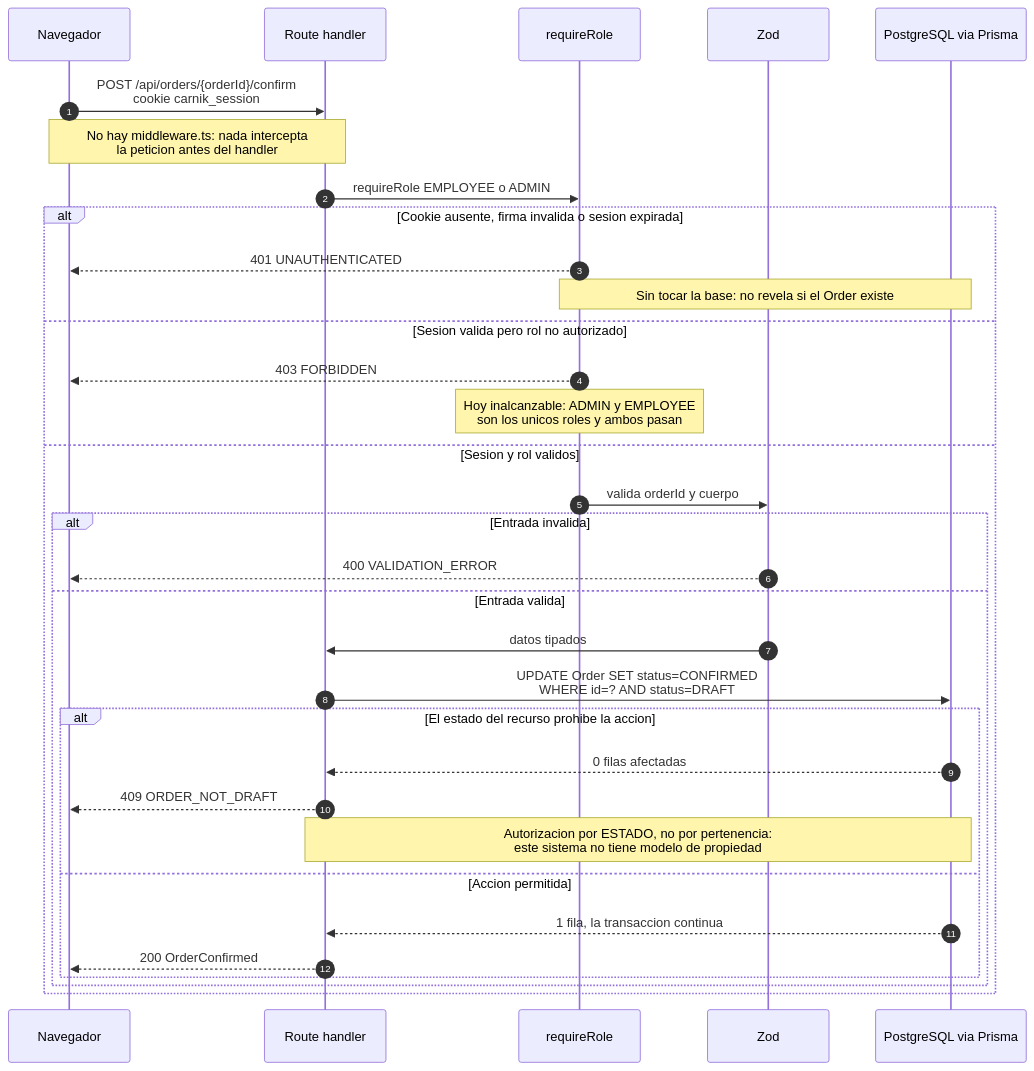
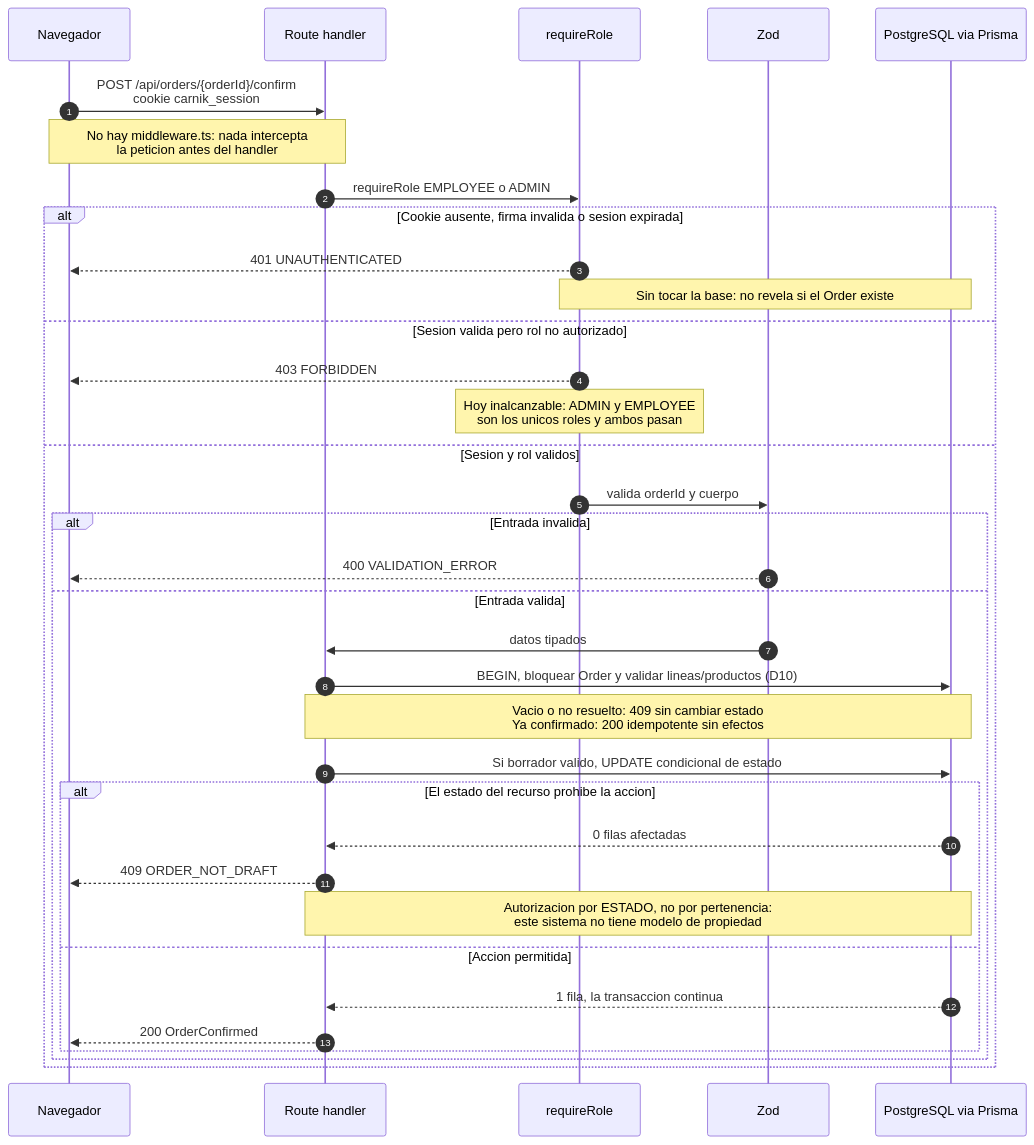
Before and after one commit to fedewagner/SRS-Carnik: the fifth of 7 diagrams in readme.md, drawn with Mermaid. The commit also changed other lines of this file and 8 other files, not shown here.

````diff
--- a/readme.md
+++ b/readme.md
@@ -547,37 +547,39 @@
 ```mermaid
 sequenceDiagram
     autonumber
     participant N as Navegador
     participant H as Route handler
     participant G as requireRole
     participant V as Zod
     participant D as PostgreSQL via Prisma
 
     N->>H: POST /api/orders/{orderId}/confirm<br/>cookie carnik_session
     Note over N,H: No hay middleware.ts: nada intercepta<br/>la peticion antes del handler
     H->>G: requireRole EMPLOYEE o ADMIN
 
     alt Cookie ausente, firma invalida o sesion expirada
         G-->>N: 401 UNAUTHENTICATED
         Note over G,D: Sin tocar la base: no revela si el Order existe
     else Sesion valida pero rol no autorizado
         G-->>N: 403 FORBIDDEN
         Note over G: Hoy inalcanzable: ADMIN y EMPLOYEE<br/>son los unicos roles y ambos pasan
     else Sesion y rol validos
         G->>V: valida orderId y cuerpo
         alt Entrada invalida
             V-->>N: 400 VALIDATION_ERROR
         else Entrada valida
             V->>H: datos tipados
-            H->>D: UPDATE Order SET status=CONFIRMED<br/>WHERE id=? AND status=DRAFT
+            H->>D: BEGIN, bloquear Order y validar lineas/productos (D10)
+            Note over H,D: Vacio o no resuelto: 409 sin cambiar estado<br/>Ya confirmado: 200 idempotente sin efectos
+            H->>D: Si borrador valido, UPDATE condicional de estado
             alt El estado del recurso prohibe la accion
                 D-->>H: 0 filas afectadas
                 H-->>N: 409 ORDER_NOT_DRAFT
                 Note over H,D: Autorizacion por ESTADO, no por pertenencia:<br/>este sistema no tiene modelo de propiedad
             else Accion permitida
                 D-->>H: 1 fila, la transaccion continua
                 H-->>N: 200 OrderConfirmed
             end
         end
     end
 ```
````
